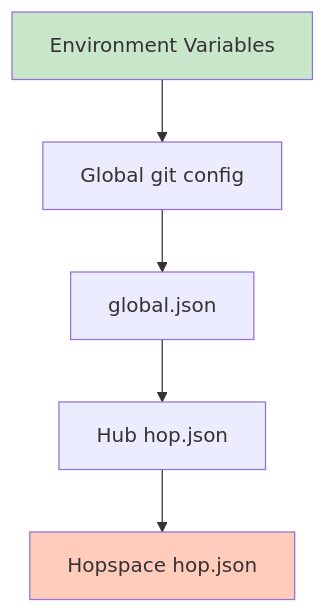
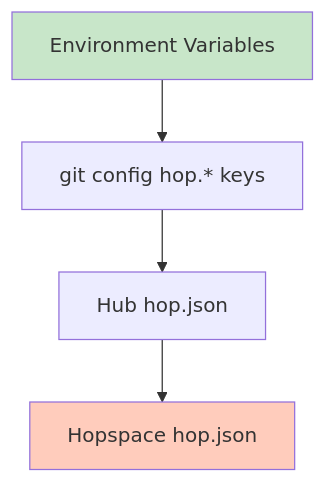
Before and after one commit to hop-top/git: the diagram in docs/05a-basics.mdx, drawn with Mermaid. The commit also changed other lines of this file and 10 other files, not shown here.

First line of the commit message:
fix(config): derive GetDefaults from the git-config defaults table

````diff
--- a/docs/05a-basics.mdx
+++ b/docs/05a-basics.mdx
@@ -14,10 +14,9 @@
 ```mermaid
 graph TD
-    A[Environment Variables] --> B[Global git config]
-    B --> C[global.json]
-    C --> D[Hub hop.json]
+    A[Environment Variables] --> B[git config hop.* keys]
+    B --> D[Hub hop.json]
     D --> E[Hopspace hop.json]
     
     style A fill:#c8e6c9
     style E fill:#ffccbc
 ```
````
